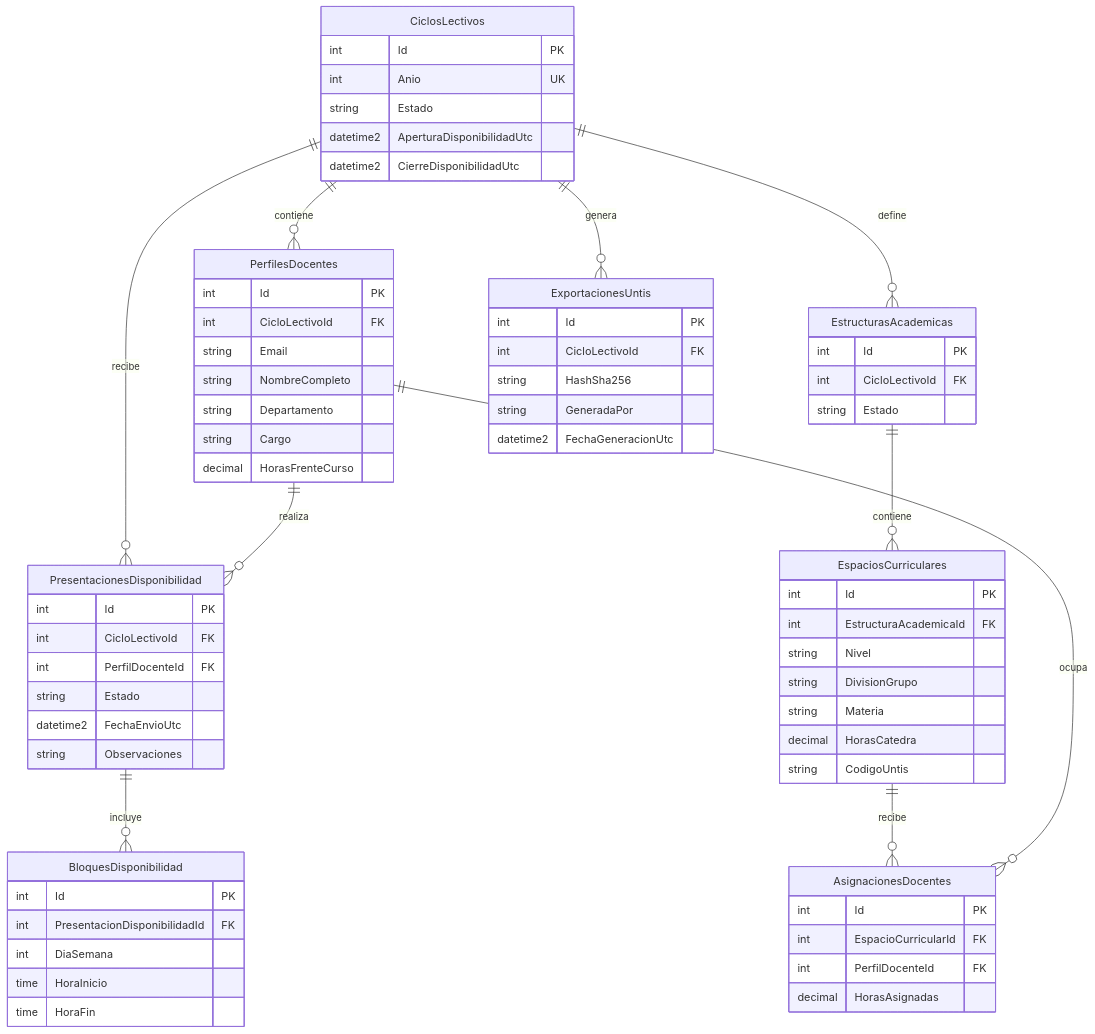
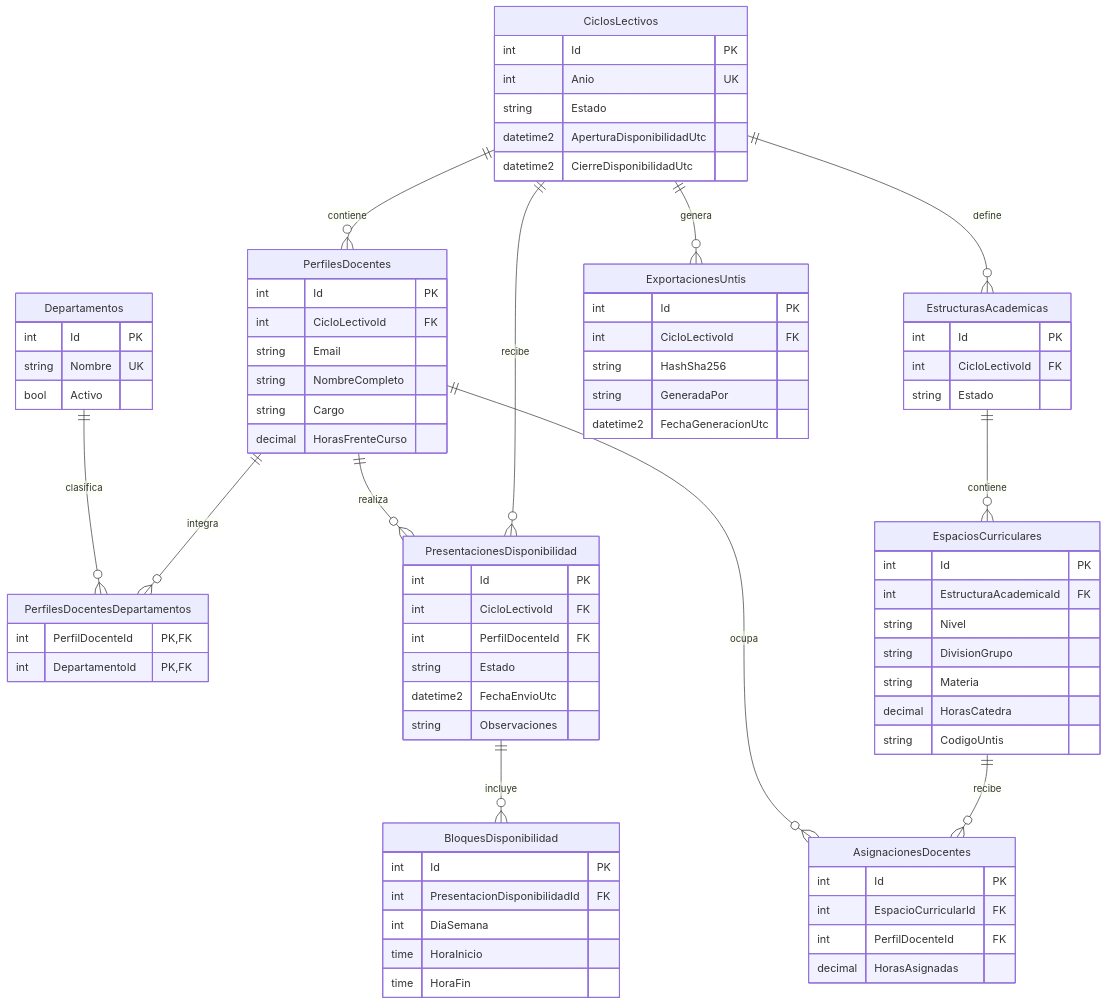
The diagram in docs/DER.md (servicios-goethe/asignacion-academica), drawn with Mermaid before and after one commit. The commit also changed other lines of this file and 8 other files, not shown here.

````diff
--- a/docs/DER.md
+++ b/docs/DER.md
@@ -5,71 +5,81 @@
 ```mermaid
 erDiagram
     CiclosLectivos ||--o{ PerfilesDocentes : contiene
+    PerfilesDocentes ||--o{ PerfilesDocentesDepartamentos : integra
+    Departamentos ||--o{ PerfilesDocentesDepartamentos : clasifica
     CiclosLectivos ||--o{ PresentacionesDisponibilidad : recibe
     PerfilesDocentes ||--o{ PresentacionesDisponibilidad : realiza
     PresentacionesDisponibilidad ||--o{ BloquesDisponibilidad : incluye
     CiclosLectivos ||--o{ EstructurasAcademicas : define
     EstructurasAcademicas ||--o{ EspaciosCurriculares : contiene
     EspaciosCurriculares ||--o{ AsignacionesDocentes : recibe
     PerfilesDocentes ||--o{ AsignacionesDocentes : ocupa
     CiclosLectivos ||--o{ ExportacionesUntis : genera
 
     CiclosLectivos {
       int Id PK
       int Anio UK
       string Estado
       datetime2 AperturaDisponibilidadUtc
       datetime2 CierreDisponibilidadUtc
     }
     PerfilesDocentes {
       int Id PK
       int CicloLectivoId FK
       string Email
       string NombreCompleto
-      string Departamento
       string Cargo
       decimal HorasFrenteCurso
+    }
+    Departamentos {
+      int Id PK
+      string Nombre UK
+      bool Activo
+    }
+    PerfilesDocentesDepartamentos {
+      int PerfilDocenteId PK, FK
+      int DepartamentoId PK, FK
     }
     PresentacionesDisponibilidad {
       int Id PK
       int CicloLectivoId FK
       int PerfilDocenteId FK
       string Estado
       datetime2 FechaEnvioUtc
       string Observaciones
     }
     BloquesDisponibilidad {
       int Id PK
       int PresentacionDisponibilidadId FK
       int DiaSemana
       time HoraInicio
       time HoraFin
     }
     EstructurasAcademicas {
       int Id PK
       int CicloLectivoId FK
       string Estado
     }
     EspaciosCurriculares {
       int Id PK
       int EstructuraAcademicaId FK
       string Nivel
       string DivisionGrupo
       string Materia
       decimal HorasCatedra
       string CodigoUntis
     }
     AsignacionesDocentes {
       int Id PK
       int EspacioCurricularId FK
       int PerfilDocenteId FK
       decimal HorasAsignadas
     }
     ExportacionesUntis {
       int Id PK
       int CicloLectivoId FK
       string HashSha256
       string GeneradaPor
       datetime2 FechaGeneracionUtc
     }
 ```
````
